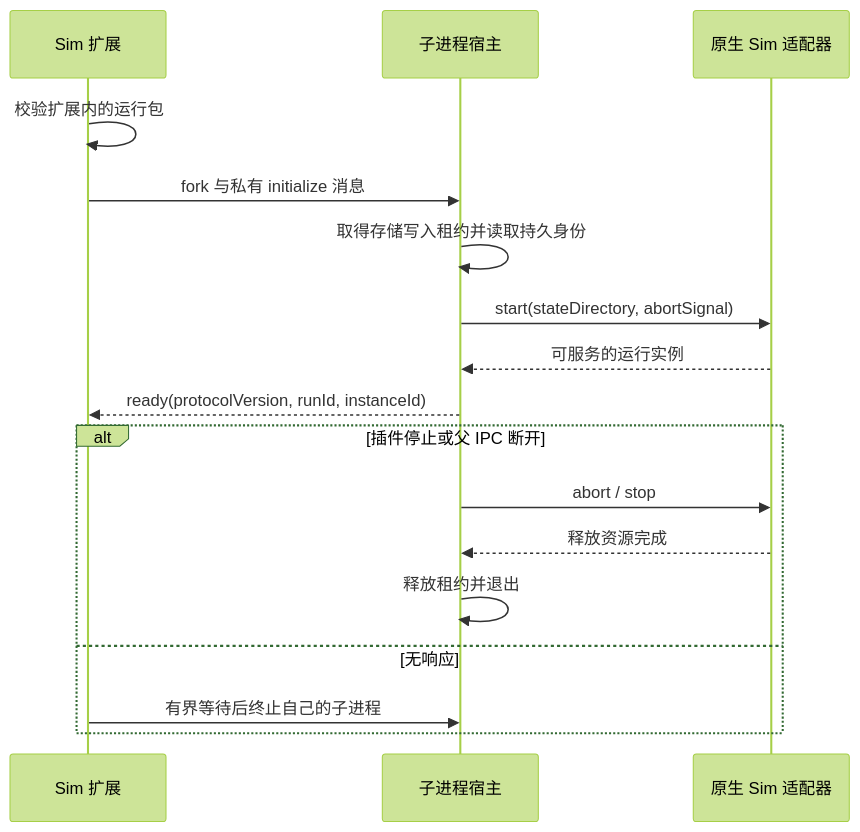
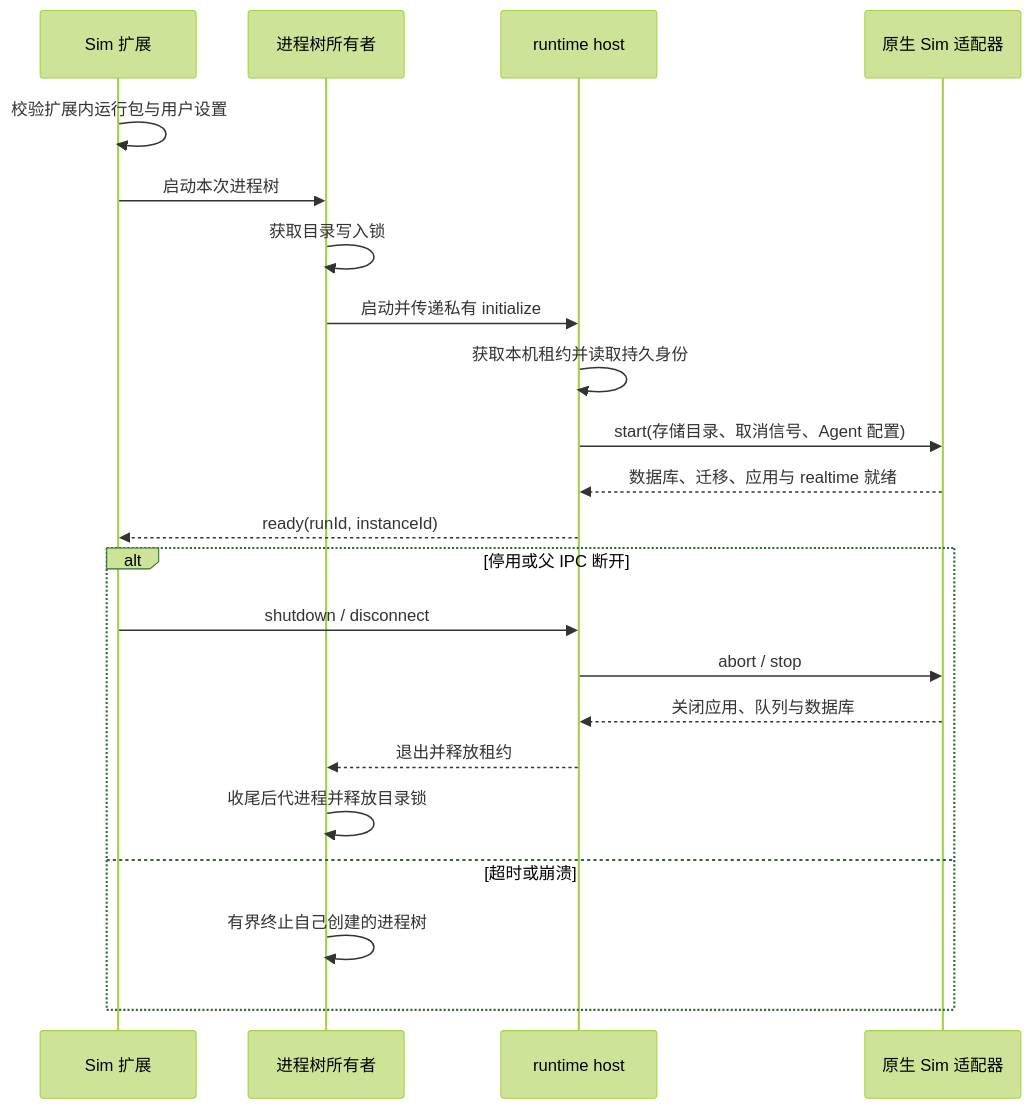
One commit to ActivePeter/vibe-vscode changed the second of 2 diagrams in vibe_vscode_doc/design/sim_plugin_runtime.md. Above: the diagram before and after it, drawn with Mermaid (forest theme). The commit also changed other lines of this file and 85 other files, not shown here.

Commit message:
feat(sim): own native runtime and original webviews in the workspace extension

````diff
--- a/vibe_vscode_doc/design/sim_plugin_runtime.md
+++ b/vibe_vscode_doc/design/sim_plugin_runtime.md
@@ -61,19 +74,24 @@
 ```mermaid
 sequenceDiagram
     participant Plugin as Sim 扩展
-    participant Host as 子进程宿主
-    participant Sim as 原生 Sim 适配器
-    Plugin->>Plugin: 校验扩展内的运行包
-    Plugin->>Host: fork 与私有 initialize 消息
-    Host->>Host: 取得存储写入租约并读取持久身份
-    Host->>Sim: start(stateDirectory, abortSignal)
-    Sim-->>Host: 可服务的运行实例
-    Host-->>Plugin: ready(protocolVersion, runId, instanceId)
-    alt 插件停止或父 IPC 断开
-        Host->>Sim: abort / stop
-        Sim-->>Host: 释放资源完成
-        Host->>Host: 释放租约并退出
-    else 无响应
-        Plugin->>Host: 有界等待后终止自己的子进程
+    participant Owner as 进程树所有者
+    participant Host as runtime host
+    participant Native as 原生 Sim 适配器
+    Plugin->>Plugin: 校验扩展内运行包与用户设置
+    Plugin->>Owner: 启动本次进程树
+    Owner->>Owner: 获取目录写入锁
+    Owner->>Host: 启动并传递私有 initialize
+    Host->>Host: 获取本机租约并读取持久身份
+    Host->>Native: start(存储目录、取消信号、Agent 配置)
+    Native-->>Host: 数据库、迁移、应用与 realtime 就绪
+    Host-->>Plugin: ready(runId, instanceId)
+    alt 停用或父 IPC 断开
+        Plugin->>Host: shutdown / disconnect
+        Host->>Native: abort / stop
+        Native-->>Host: 关闭应用、队列与数据库
+        Host-->>Owner: 退出并释放租约
+        Owner->>Owner: 收尾后代进程并释放目录锁
+    else 超时或崩溃
+        Owner->>Owner: 有界终止自己创建的进程树
     end
 ```
````
